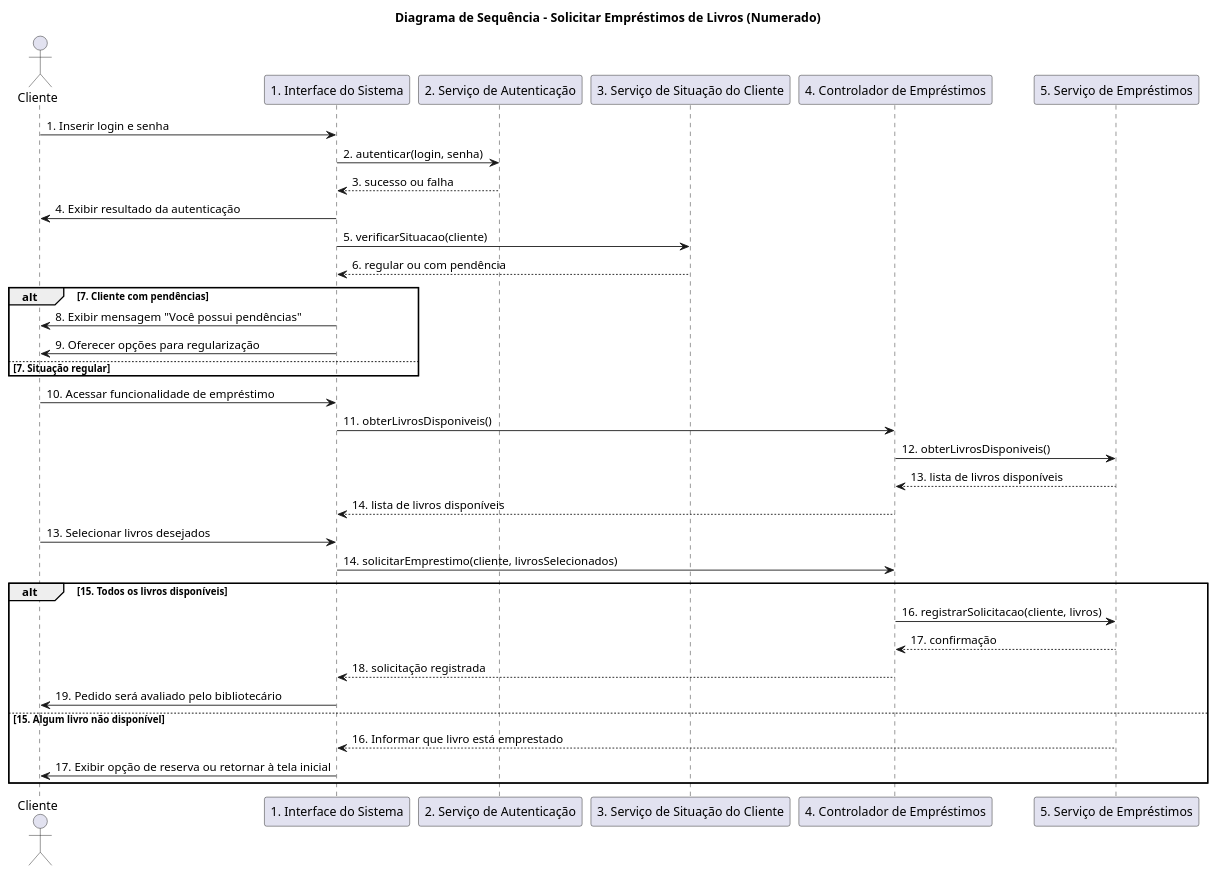
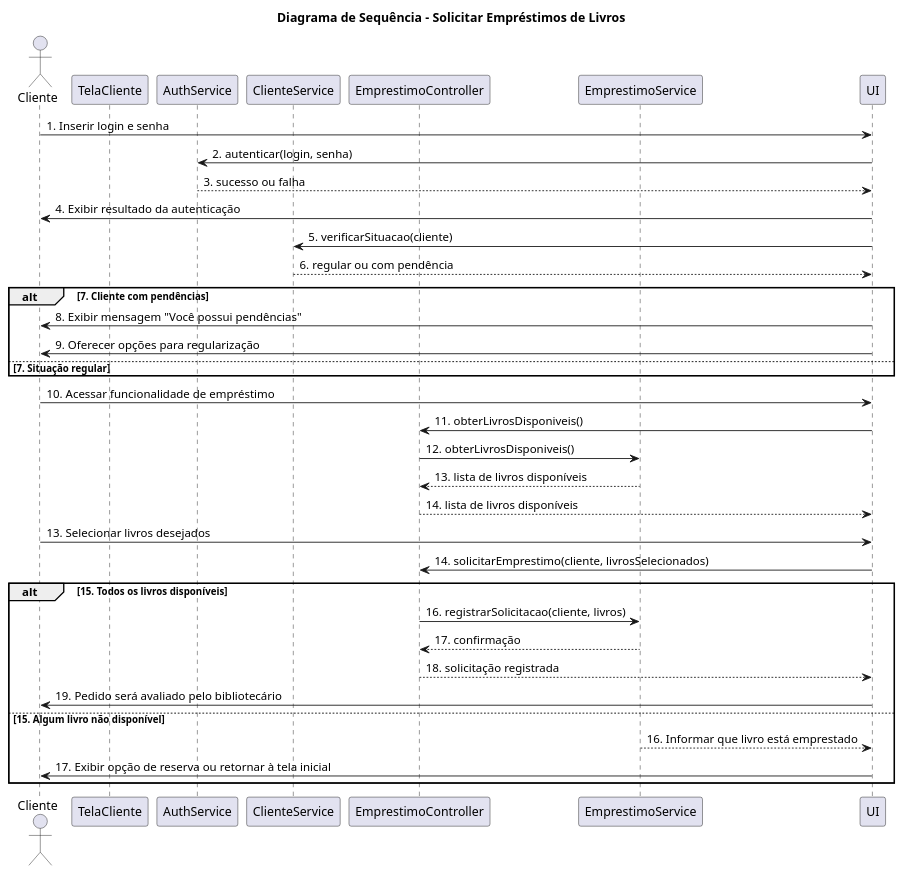
The diagram in sequencia/sequencia_solicitar_emprestimos.iuml (felipehidequel/aps-biblioteca), drawn with PlantUML before and after one commit.

```diff
--- a/sequencia/sequencia_solicitar_emprestimos.iuml
+++ b/sequencia/sequencia_solicitar_emprestimos.iuml
@@ -1,48 +1,48 @@
 @startuml
-title Diagrama de Sequência - Solicitar Empréstimos de Livros (Numerado)
+title Diagrama de Sequência - Solicitar Empréstimos de Livros 
 
 actor Cliente
-participant "1. Interface do Sistema" as UI
-participant "2. Serviço de Autenticação" as AuthService
-participant "3. Serviço de Situação do Cliente" as ClienteService
-participant "4. Controlador de Empréstimos" as EmprestimoController
-participant "5. Serviço de Empréstimos" as EmprestimoService
+participant TelaCliente
+participant AuthService
+participant ClienteService
+participant EmprestimoController
+participant EmprestimoService
 
 ' 1. Pré-condições: Autenticação
 Cliente -> UI : 1. Inserir login e senha
 UI -> AuthService : 2. autenticar(login, senha)
 AuthService --> UI : 3. sucesso ou falha
 UI -> Cliente : 4. Exibir resultado da autenticação
 
 ' 2. Verificar situação do cliente
 UI -> ClienteService : 5. verificarSituacao(cliente)
 ClienteService --> UI : 6. regular ou com pendência
 
 alt 7. Cliente com pendências
     UI -> Cliente : 8. Exibir mensagem "Você possui pendências"
     UI -> Cliente : 9. Oferecer opções para regularização
 else 7. Situação regular
     ' Fluxo segue normalmente
 end
 
 ' 3. Fluxo Principal
 Cliente -> UI : 10. Acessar funcionalidade de empréstimo
 UI -> EmprestimoController : 11. obterLivrosDisponiveis()
 EmprestimoController -> EmprestimoService : 12. obterLivrosDisponiveis()
 EmprestimoService --> EmprestimoController : 13. lista de livros disponíveis
 EmprestimoController --> UI : 14. lista de livros disponíveis
 
 Cliente -> UI : 13. Selecionar livros desejados
 UI -> EmprestimoController : 14. solicitarEmprestimo(cliente, livrosSelecionados)
 
 alt 15. Todos os livros disponíveis
     EmprestimoController -> EmprestimoService : 16. registrarSolicitacao(cliente, livros)
     EmprestimoService --> EmprestimoController : 17. confirmação
     EmprestimoController --> UI : 18. solicitação registrada
     UI -> Cliente : 19. Pedido será avaliado pelo bibliotecário
 else 15. Algum livro não disponível
     EmprestimoService --> UI : 16. Informar que livro está emprestado
     UI -> Cliente : 17. Exibir opção de reserva ou retornar à tela inicial
 end
 
 @enduml
```
